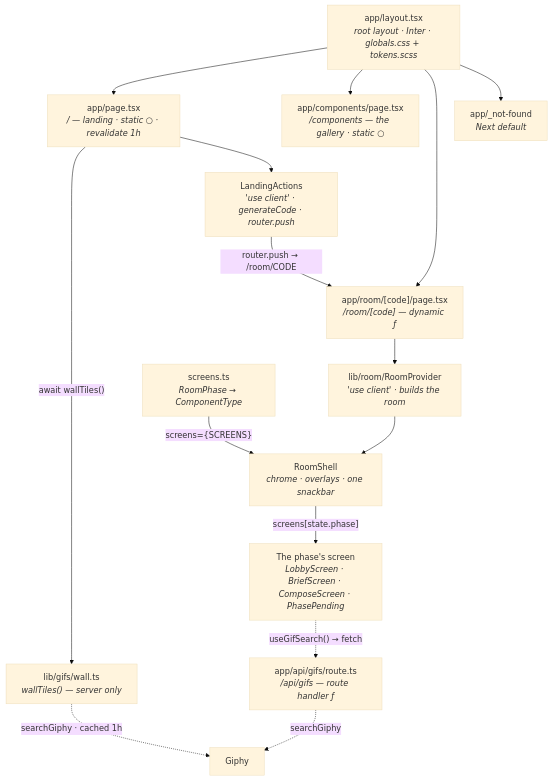
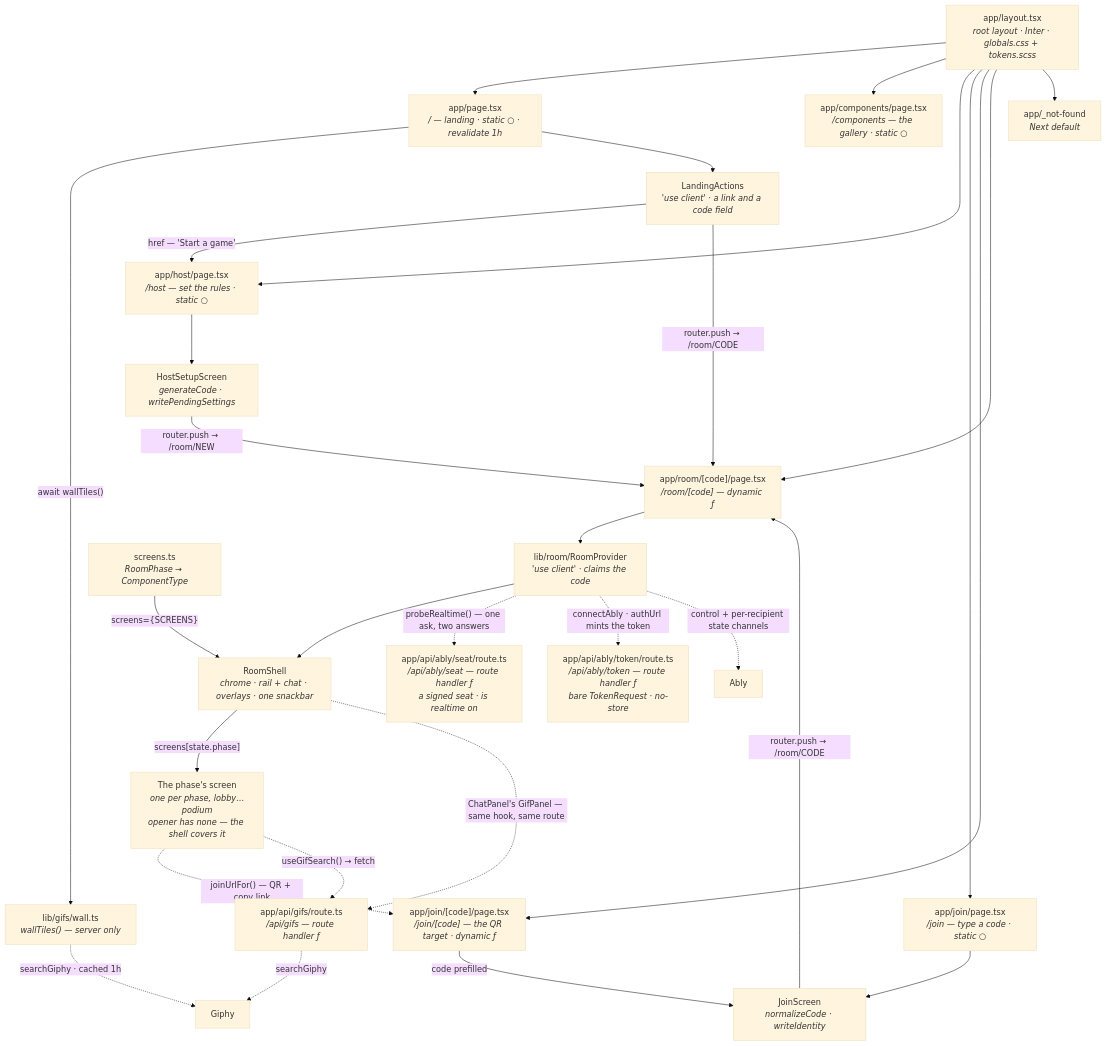
The first of 11 diagrams in docs/architecture.md (Jmeza081/captionist), drawn with Mermaid (base theme) before and after one commit. The commit also changed other lines of this file and 3 other files, not shown here.

````diff
--- a/docs/architecture.md
+++ b/docs/architecture.md
@@ -79,30 +141,52 @@
 ```mermaid
 graph TD
   L["app/layout.tsx<br/><i>root layout · Inter · globals.css + tokens.scss</i>"]
   P["app/page.tsx<br/><i>/ — landing · static ○ · revalidate 1h</i>"]
   C["app/components/page.tsx<br/><i>/components — the gallery · static ○</i>"]
+  H["app/host/page.tsx<br/><i>/host — set the rules · static ○</i>"]
+  J["app/join/page.tsx<br/><i>/join — type a code · static ○</i>"]
+  JC["app/join/[code]/page.tsx<br/><i>/join/[code] — the QR target · dynamic ƒ</i>"]
   R["app/room/[code]/page.tsx<br/><i>/room/[code] — dynamic ƒ</i>"]
   A["app/api/gifs/route.ts<br/><i>/api/gifs — route handler ƒ</i>"]
+  SE["app/api/ably/seat/route.ts<br/><i>/api/ably/seat — route handler ƒ<br/>a signed seat · is realtime on</i>"]
+  TK["app/api/ably/token/route.ts<br/><i>/api/ably/token — route handler ƒ<br/>bare TokenRequest · no-store</i>"]
+  AB["Ably"]
   NF["app/_not-found<br/><i>Next default</i>"]
   W["lib/gifs/wall.ts<br/><i>wallTiles() — server only</i>"]
   GY["Giphy"]
-  LA["LandingActions<br/><i>'use client' · generateCode · router.push</i>"]
-  RP["lib/room/RoomProvider<br/><i>'use client' · builds the room</i>"]
-  SH["RoomShell<br/><i>chrome · overlays · one snackbar</i>"]
+  LA["LandingActions<br/><i>'use client' · a link and a code field</i>"]
+  HS["HostSetupScreen<br/><i>generateCode · writePendingSettings</i>"]
+  JS["JoinScreen<br/><i>normalizeCode · writeIdentity</i>"]
+  RP["lib/room/RoomProvider<br/><i>'use client' · claims the code</i>"]
+  SH["RoomShell<br/><i>chrome · rail + chat · overlays · one snackbar</i>"]
   SC["screens.ts<br/><i>RoomPhase → ComponentType</i>"]
-  SCR["The phase's screen<br/><i>LobbyScreen · BriefScreen · ComposeScreen · PhasePending</i>"]
+  SCR["The phase's screen<br/><i>one per phase, lobby…podium<br/>opener has none — the shell covers it</i>"]
 
   L --> P
   L --> C
+  L --> H
+  L --> J
+  L --> JC
   L --> R
   L --> NF
   P -->|"await wallTiles()"| W
   W -.->|"searchGiphy · cached 1h"| GY
   P --> LA
+  LA -->|"href — 'Start a game'"| H
   LA -->|"router.push → /room/CODE"| R
+  H --> HS
+  J --> JS
+  JC -->|"code prefilled"| JS
+  HS -->|"router.push → /room/NEW"| R
+  JS -->|"router.push → /room/CODE"| R
   R --> RP --> SH
+  RP -.->|"probeRealtime() — one ask, two answers"| SE
+  RP -.->|"connectAbly · authUrl mints the token"| TK
+  RP -.->|"control + per-recipient state channels"| AB
   SC -->|"screens={SCREENS}"| SH
   SH -->|"screens[state.phase]"| SCR
+  SCR -.->|"joinUrlFor() — QR + copy link"| JC
   SCR -.->|"useGifSearch() → fetch"| A
+  SH -.->|"ChatPanel's GifPanel — same hook, same route"| A
   A -.->|"searchGiphy"| GY
 ```
````
